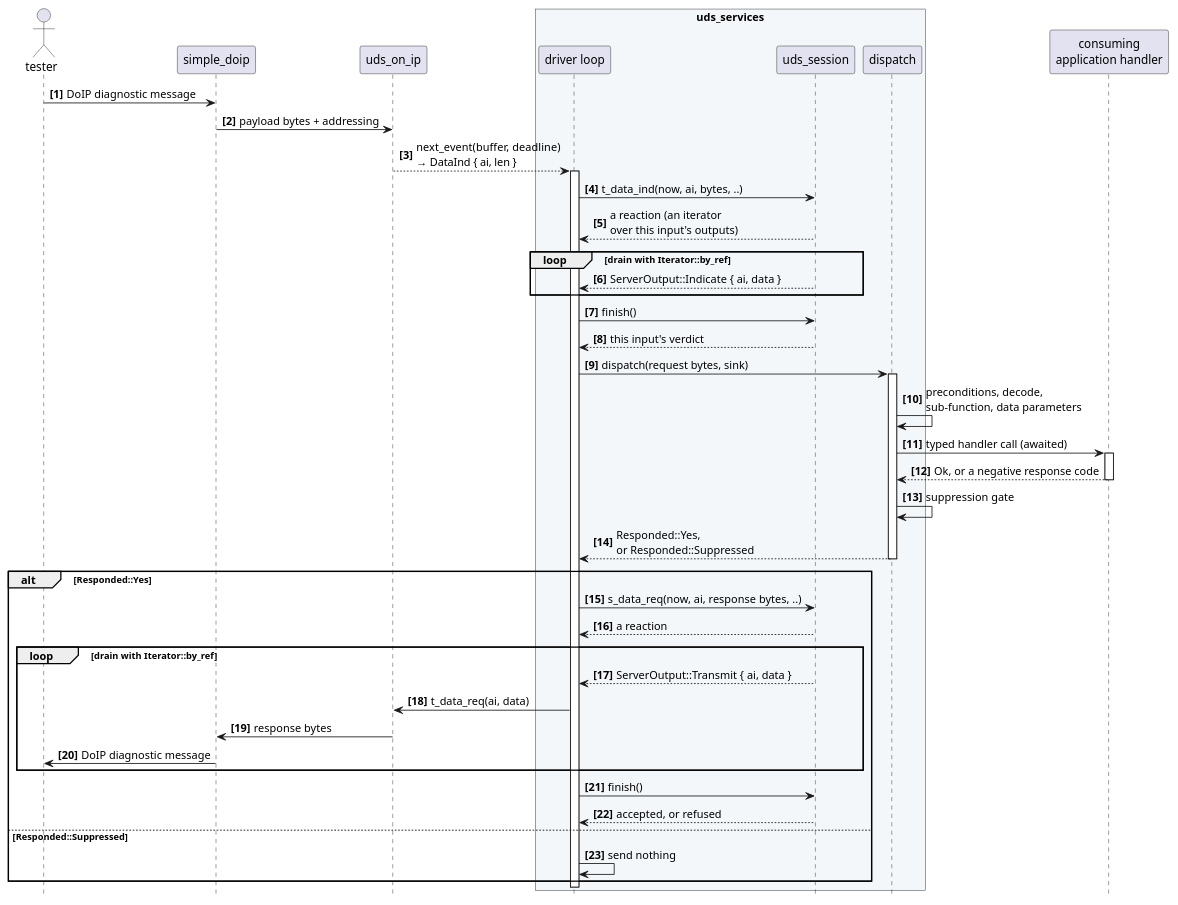
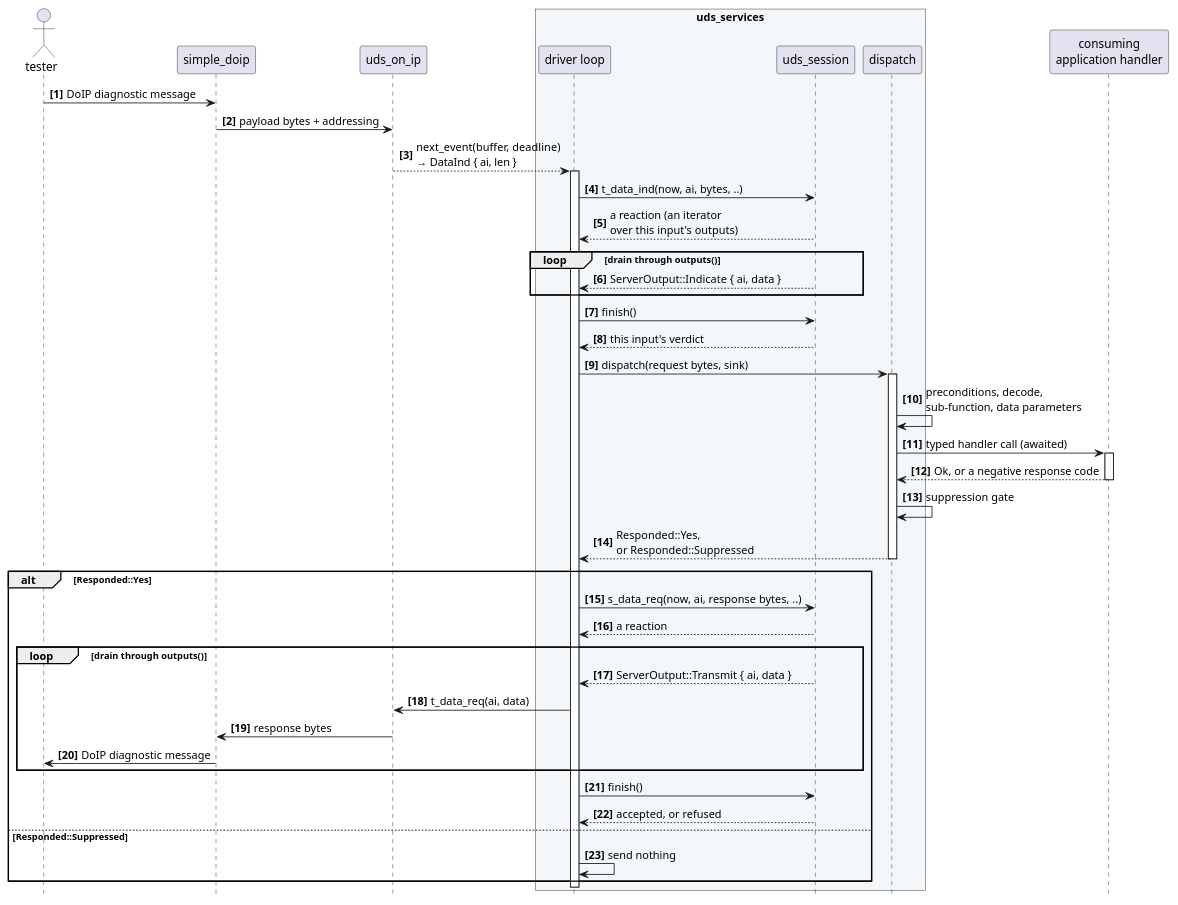
The second of 3 diagrams in docs/architecture/stack-position.rst (luminartech/uds_stack), drawn with PlantUML before and after one commit. The commit also changed other lines of this file and 26 other files, not shown here.

```diff
--- a/docs/architecture/stack-position.rst
+++ b/docs/architecture/stack-position.rst
@@ -397,58 +421,58 @@
 .. uml::
    :align: center
    :caption: One physically addressed request reaching a server, from the wire to a
              handler and back. The client-side path is in :doc:`client-surface`.
 
    @startuml
    autonumber "<b>[0]"
    hide footbox
 
    actor tester as T
    participant "simple_doip" as D
    participant "uds_on_ip" as I
    box "uds_services" #F4F7FA
      participant "driver loop" as L
      participant "uds_session" as S
      participant "dispatch" as V
    end box
    participant "consuming\napplication handler" as H
 
    T -> D : DoIP diagnostic message
    D -> I : payload bytes + addressing
    I --> L : next_event(buffer, deadline)\n→ DataInd { ai, len }
    activate L
    L -> S : t_data_ind(now, ai, bytes, ..)
    S --> L : a reaction (an iterator\nover this input's outputs)
-   loop drain with Iterator::by_ref
+   loop drain through outputs()
      S --> L : ServerOutput::Indicate { ai, data }
    end
    L -> S : finish()
    S --> L : this input's verdict
    L -> V : dispatch(request bytes, sink)
    activate V
 
    V -> V : preconditions, decode,\nsub-function, data parameters
    V -> H : typed handler call (awaited)
    activate H
    H --> V : Ok, or a negative response code
    deactivate H
    V -> V : suppression gate
    V --> L : Responded::Yes,\nor Responded::Suppressed
    deactivate V
 
    alt Responded::Yes
      L -> S : s_data_req(now, ai, response bytes, ..)
      S --> L : a reaction
-     loop drain with Iterator::by_ref
+     loop drain through outputs()
        S --> L : ServerOutput::Transmit { ai, data }
        L -> I : t_data_req(ai, data)
        I -> D : response bytes
        D -> T : DoIP diagnostic message
      end
      L -> S : finish()
      S --> L : accepted, or refused
    else Responded::Suppressed
      L -> L : send nothing
    end
    deactivate L
    @enduml
```
